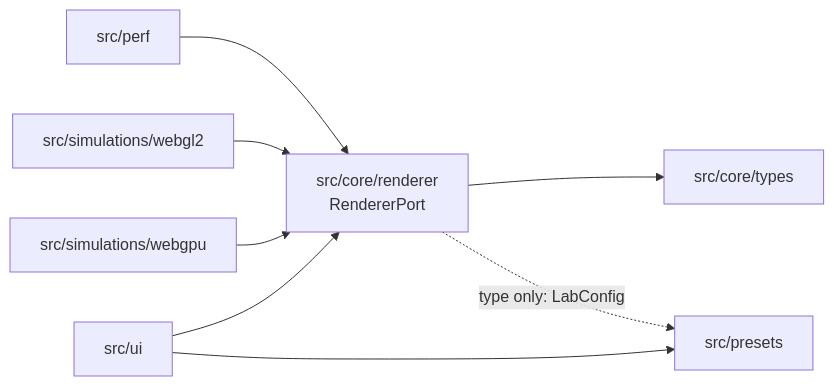
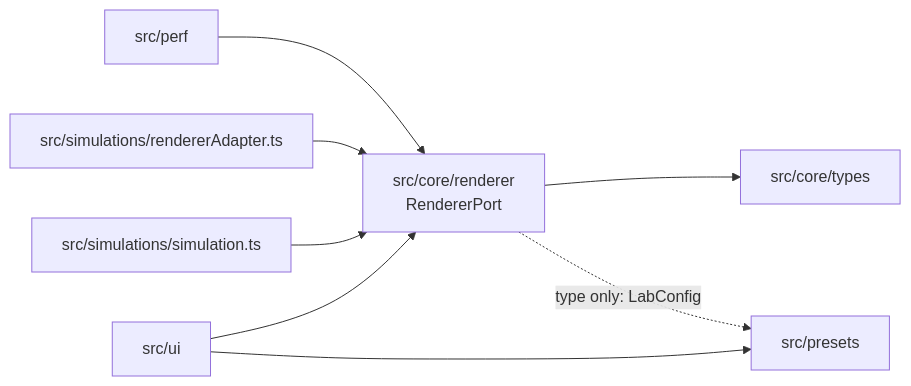
The diagram in docs/architecture.md (DangTAnh/SE2026.11.1.3D-WEB-05), drawn with Mermaid before and after one commit. The commit also changed other lines of this file and 4 other files, not shown here.

````diff
--- a/docs/architecture.md
+++ b/docs/architecture.md
@@ -32,10 +36,10 @@
 ```mermaid
 flowchart LR
   UI["src/ui"] --> PORT["src/core/renderer<br/>RendererPort"]
   UI --> PRESET["src/presets"]
   PORT --> TYPES["src/core/types"]
   PORT -. "type only: LabConfig" .-> PRESET
-  WG["src/simulations/webgpu"] --> PORT
-  GL["src/simulations/webgl2"] --> PORT
+  SIM["src/simulations/simulation.ts"] --> PORT
+  RND["src/simulations/rendererAdapter.ts"] --> PORT
   PERF["src/perf"] --> PORT
 ```
````
